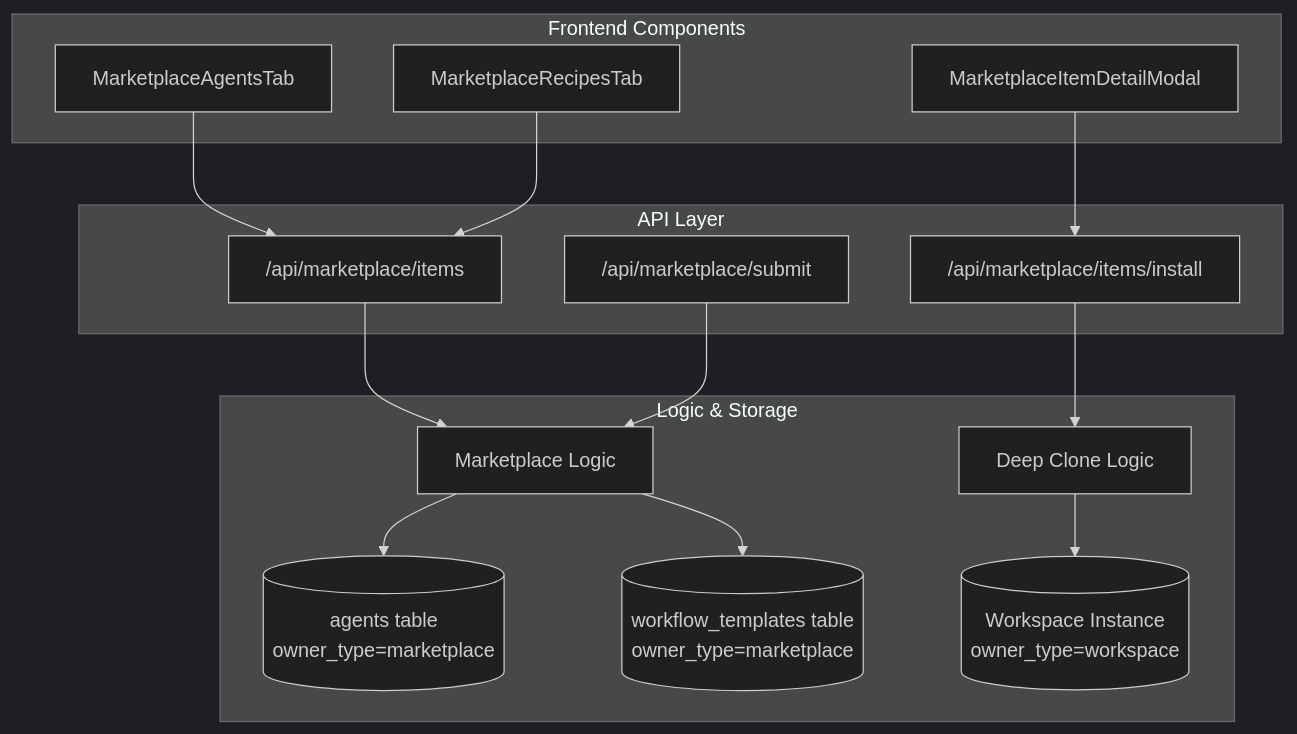
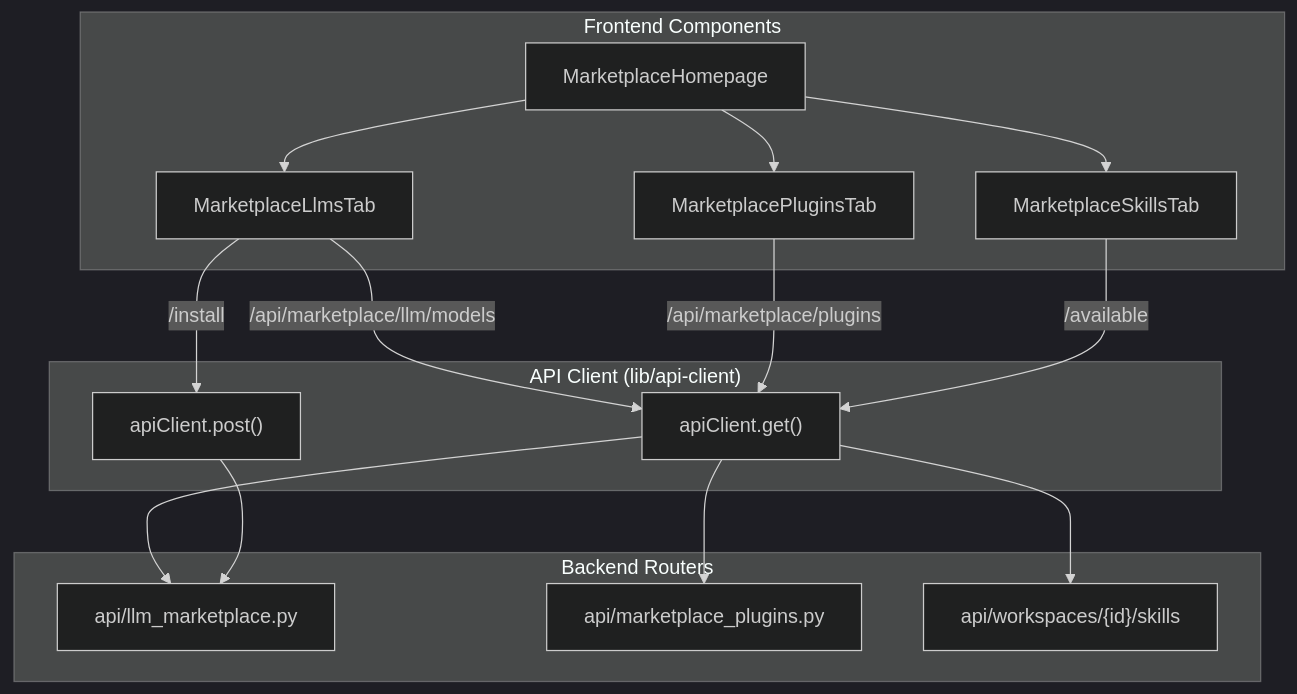
One commit to AutomatosAI/automatos-ai changed the second of 2 diagrams in docs/community-marketplace/marketplace-api-reference.md. Above: the diagram before and after it, drawn with Mermaid (dark theme). The commit also changed other lines of this file and 153 other files, not shown here.

````diff
--- a/docs/community-marketplace/marketplace-api-reference.md
+++ b/docs/community-marketplace/marketplace-api-reference.md
@@ -51,35 +122,35 @@
 ```mermaid
-graph TB
+graph TD
     subgraph "Frontend Components"
-        MA["MarketplaceAgentsTab"]
-        MR["MarketplaceRecipesTab"]
-        MI["MarketplaceItemDetailModal"]
+        Home["MarketplaceHomepage"]
+        LTab["MarketplaceLlmsTab"]
+        PTab["MarketplacePluginsTab"]
+        STab["MarketplaceSkillsTab"]
     end
 
-    subgraph "API Layer"
-        BaseAPI["/api/marketplace/items"]
-        InstallAPI["/api/marketplace/items/install"]
-        SubmitAPI["/api/marketplace/submit"]
+    subgraph "API Client (lib/api-client)"
+        GET["apiClient.get()"]
+        POST["apiClient.post()"]
     end
 
-    subgraph "Logic & Storage"
-        ItemService["Marketplace Logic"]
-        Cloning["Deep Clone Logic"]
-        
-        DB_Agents[("agents table<br/>owner_type=marketplace")]
-        DB_Recipes[("workflow_templates table<br/>owner_type=marketplace")]
-        DB_Workspace[("Workspace Instance<br/>owner_type=workspace")]
+    subgraph "Backend Routers"
+        LLM_R["api/llm_marketplace.py"]
+        PLG_R["api/marketplace_plugins.py"]
+        WS_R["api/workspaces/{id}/skills"]
     end
 
-    MA --> BaseAPI
-    MR --> BaseAPI
-    MI --> InstallAPI
+    Home --> LTab
+    Home --> PTab
+    Home --> STab
 
-    BaseAPI --> ItemService
-    InstallAPI --> Cloning
-    SubmitAPI --> ItemService
+    LTab -- "/api/marketplace/llm/models" --> GET
+    PTab -- "/api/marketplace/plugins" --> GET
+    STab -- "/available" --> GET
 
-    ItemService --> DB_Agents
-    ItemService --> DB_Recipes
-    Cloning --> DB_Workspace
+    GET --> LLM_R
+    GET --> PLG_R
+    GET --> WS_R
+
+    LTab -- "/install" --> POST
+    POST --> LLM_R
 ```
````
